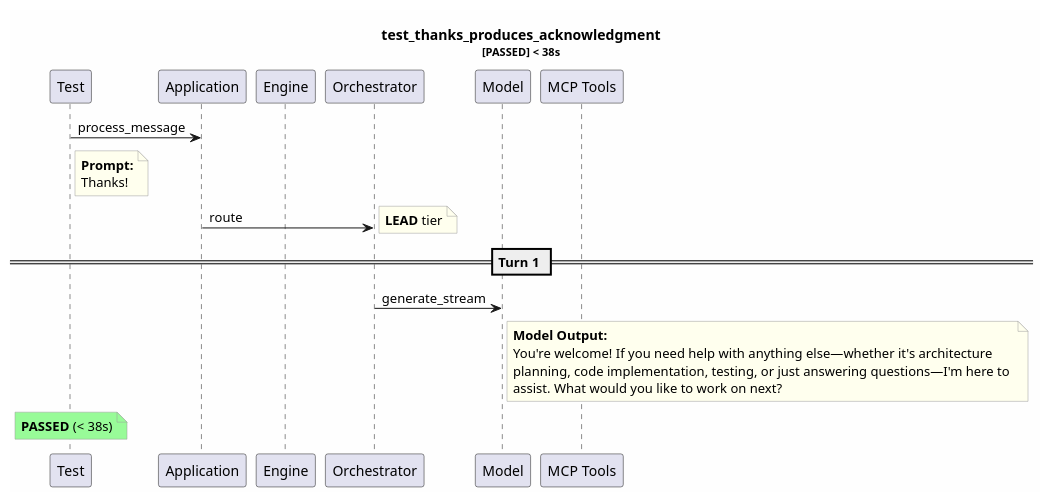
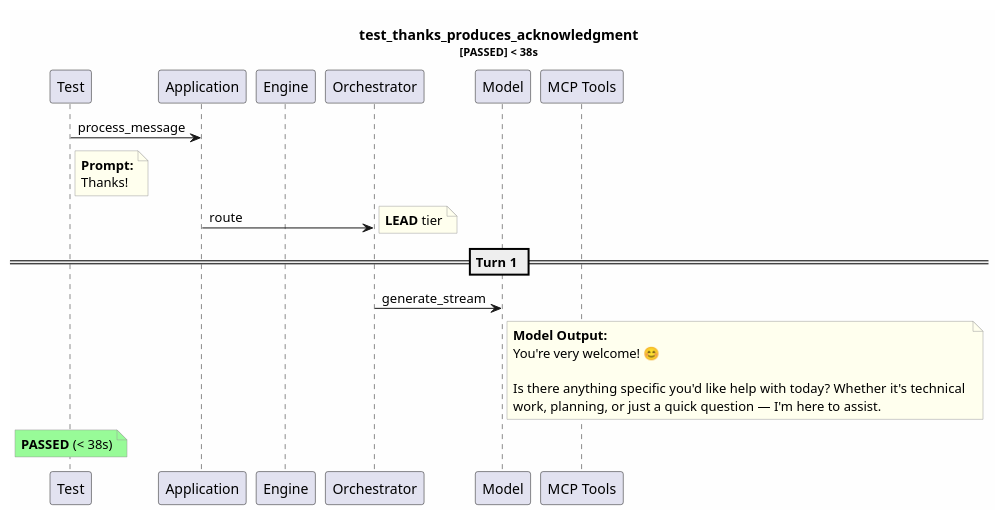
One commit to tvanfossen/entropic changed the diagram in test-reports/logs/test_thanks_produces_acknowledgment/test_thanks_produces_acknowledgment.puml. Above: the diagram before and after it, drawn with PlantUML. The commit also changed 16 other files, not shown here.

```diff
--- a/test-reports/logs/test_thanks_produces_acknowledgment/test_thanks_produces_acknowledgment.puml
+++ b/test-reports/logs/test_thanks_produces_acknowledgment/test_thanks_produces_acknowledgment.puml
@@ -1,33 +1,34 @@
 @startuml
 skinparam backgroundColor #FEFEFE
 skinparam noteBorderColor #999999
 skinparam noteBackgroundColor #FFFFEE
 title test_thanks_produces_acknowledgment\n<size:11>[PASSED] < 38s</size>
 
 participant "Test" as T
 participant "Application" as App
 participant "Engine" as Eng
 participant "Orchestrator" as Orch
 participant "Model" as Mdl
 participant "MCP Tools" as MCP
 
 T -> App: process_message
 note right of T
   **Prompt:**
   Thanks!
 end note
 App -> Orch: route
 note right: **LEAD** tier
 == Turn 1 ==
 Orch -> Mdl: generate_stream
 note right of Mdl
   **Model Output:**
-  You're welcome! If you need help with anything else—whether it's architecture 
-  planning, code implementation, testing, or just answering questions—I'm here to 
-  assist. What would you like to work on next?
+  You're very welcome! 😊
+  
+  Is there anything specific you'd like help with today? Whether it's technical 
+  work, planning, or just a quick question — I'm here to assist.
 end note
 note over T #palegreen
   **PASSED** (< 38s)
 end note
 
 @enduml
```
